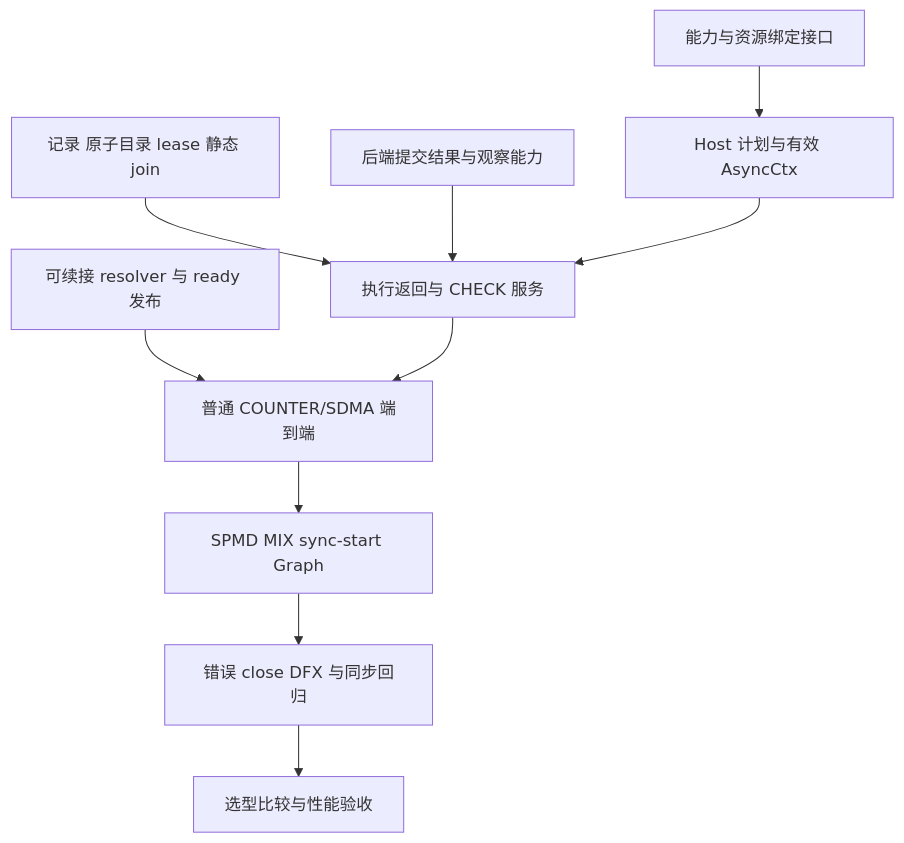
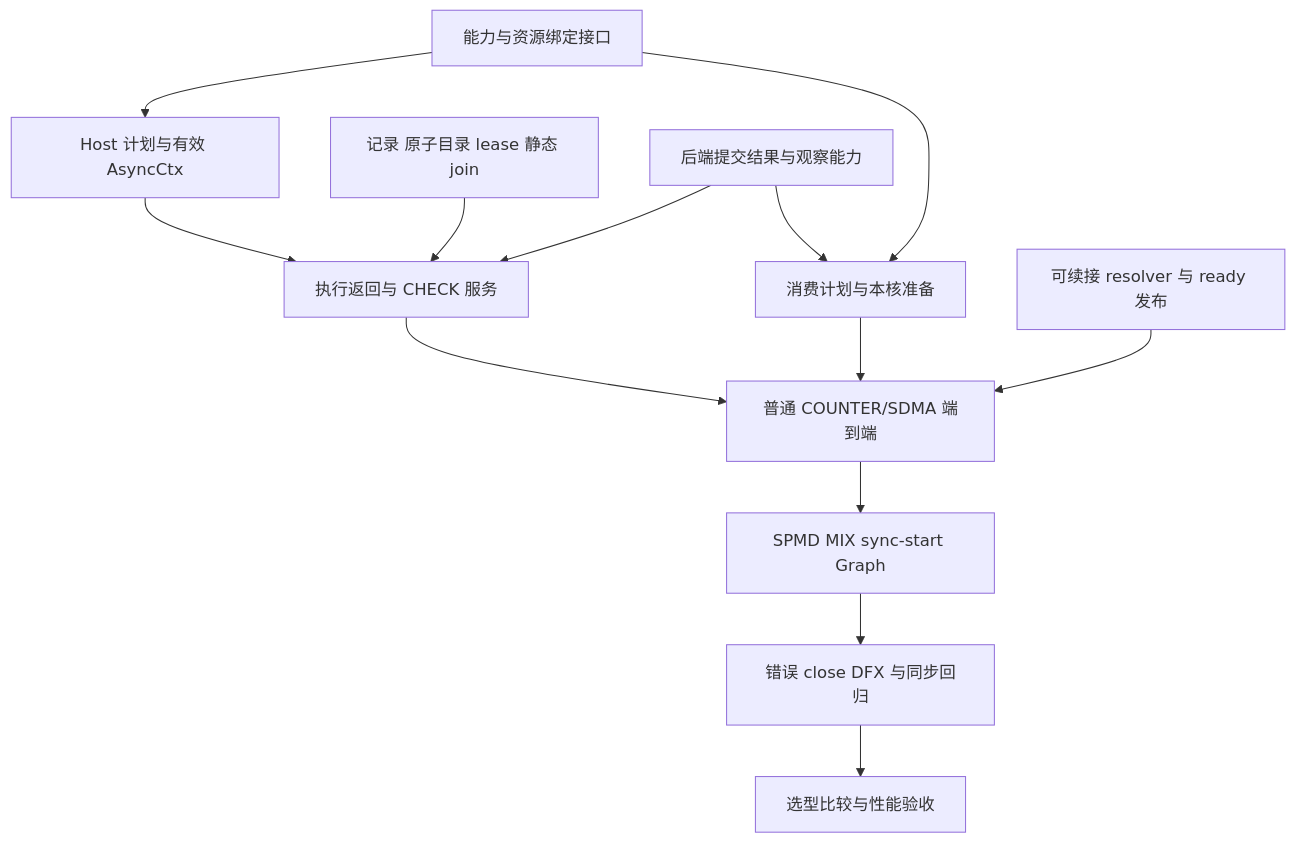
One commit to poursoul/simpler changed the diagram in docs/zh-cn/design/a5-hbg-async-completion/implementation.md. Above: the diagram before and after it, drawn with Mermaid. The commit also changed other lines of this file and 8 other files, not shown here.

````diff
--- a/docs/zh-cn/design/a5-hbg-async-completion/implementation.md
+++ b/docs/zh-cn/design/a5-hbg-async-completion/implementation.md
@@ -56,12 +58,15 @@
 ```mermaid
 flowchart TD
     A[能力与资源绑定接口] --> D[Host 计划与有效 AsyncCtx]
     B[记录 原子目录 lease 静态 join] --> E[执行返回与 CHECK 服务]
     C[后端提交结果与观察能力] --> E
     D --> E
+    A --> P[消费计划与本核准备]
+    C --> P
+    P --> F
     R[可续接 resolver 与 ready 发布] --> F[普通 COUNTER/SDMA 端到端]
     E --> F
     F --> G[SPMD MIX sync-start Graph]
     G --> H[错误 close DFX 与同步回归]
     H --> I[选型比较与性能验收]
 ```
````
